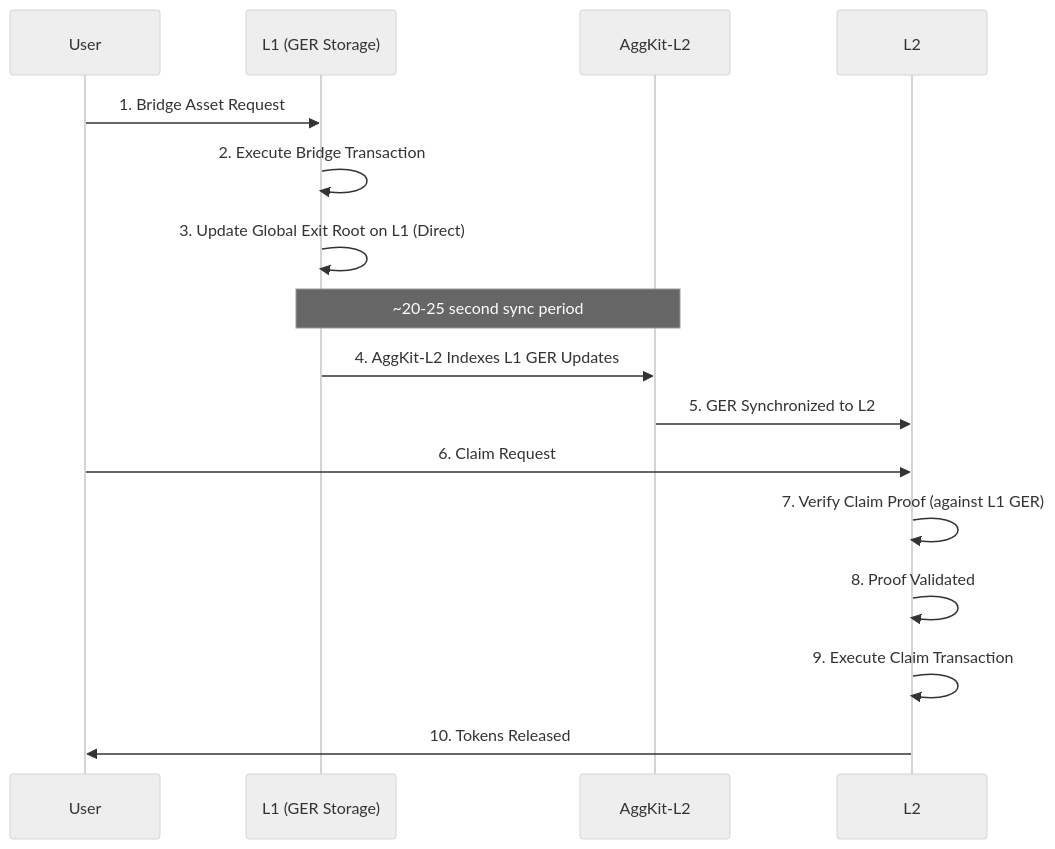
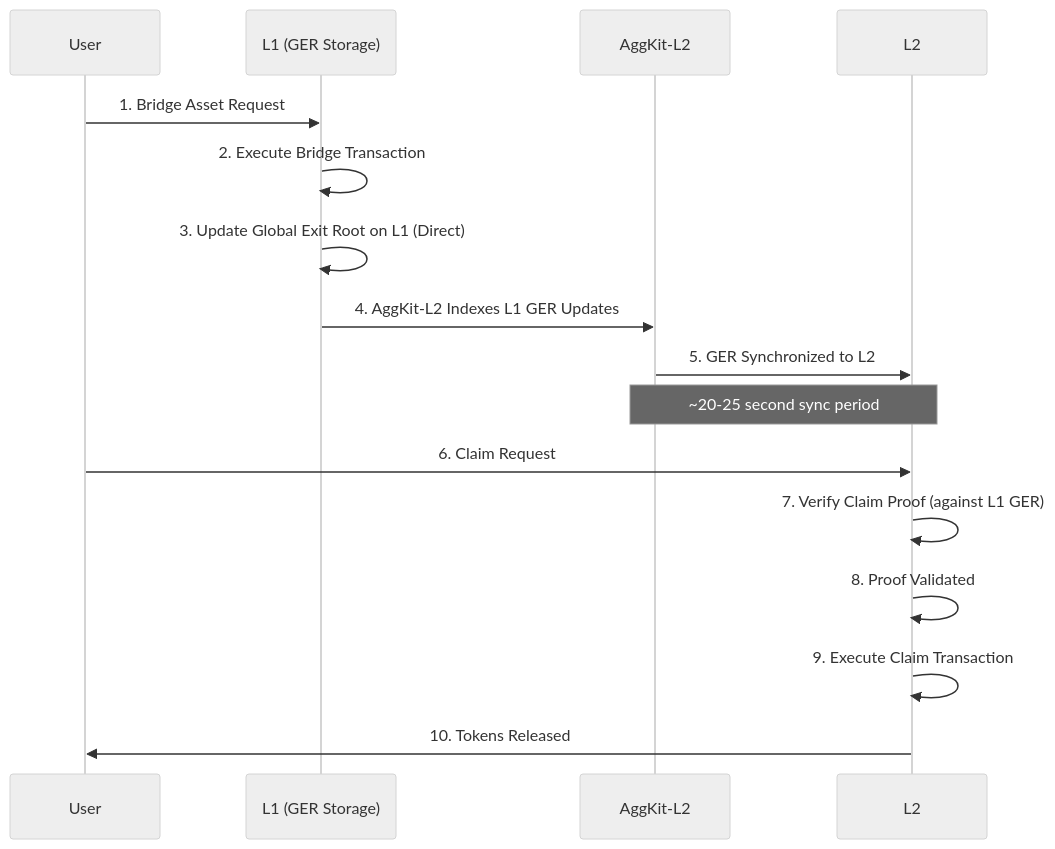
The first of 3 diagrams in docs/agglayer/developer-tools/aggsandbox/architecture.md (BrianSeong99/agglayer-docs), drawn with Mermaid (neutral theme) before and after one commit. The commit also changed other lines of this file, not shown here.

Commit message:
fix: aggsandbox diagram fix

````diff
--- a/docs/agglayer/developer-tools/aggsandbox/architecture.md
+++ b/docs/agglayer/developer-tools/aggsandbox/architecture.md
@@ -31,21 +31,19 @@
 ```mermaid
 sequenceDiagram
     participant User
     participant L1 as L1 (GER Storage)
     participant AggKit_L2 as AggKit-L2
     participant L2
     
     User->>L1: 1. Bridge Asset Request
     L1->>L1: 2. Execute Bridge Transaction
-    L1->>L1: 3. Update Global Exit Root on L1 (Direct)
-    
-    Note over L1,AggKit_L2: ~20-25 second sync period
-    
+    L1->>L1: 3. Update Global Exit Root on L1 (Direct)    
     L1->>AggKit_L2: 4. AggKit-L2 Indexes L1 GER Updates
     AggKit_L2->>L2: 5. GER Synchronized to L2
+    Note over AggKit_L2,L2: ~20-25 second sync period
     User->>L2: 6. Claim Request
     L2->>L2: 7. Verify Claim Proof (against L1 GER)
     L2->>L2: 8. Proof Validated
     L2->>L2: 9. Execute Claim Transaction
     L2->>User: 10. Tokens Released
 ```
````
